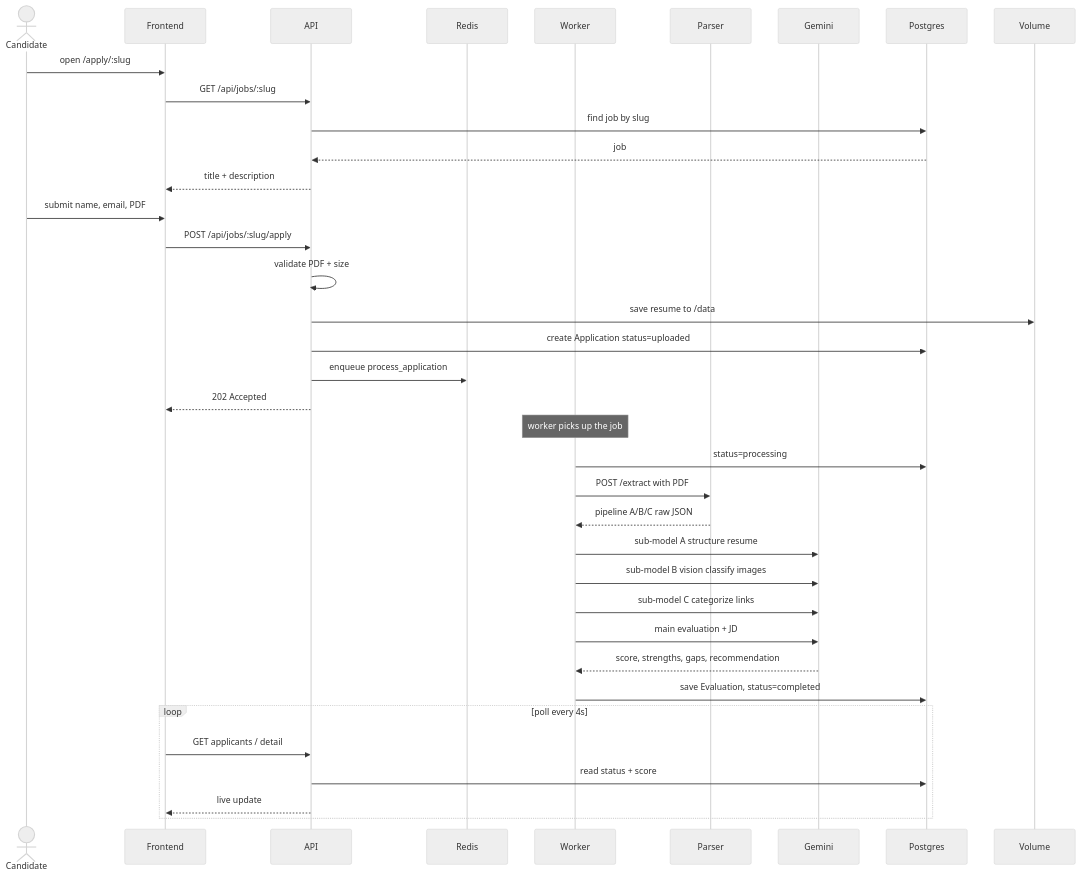
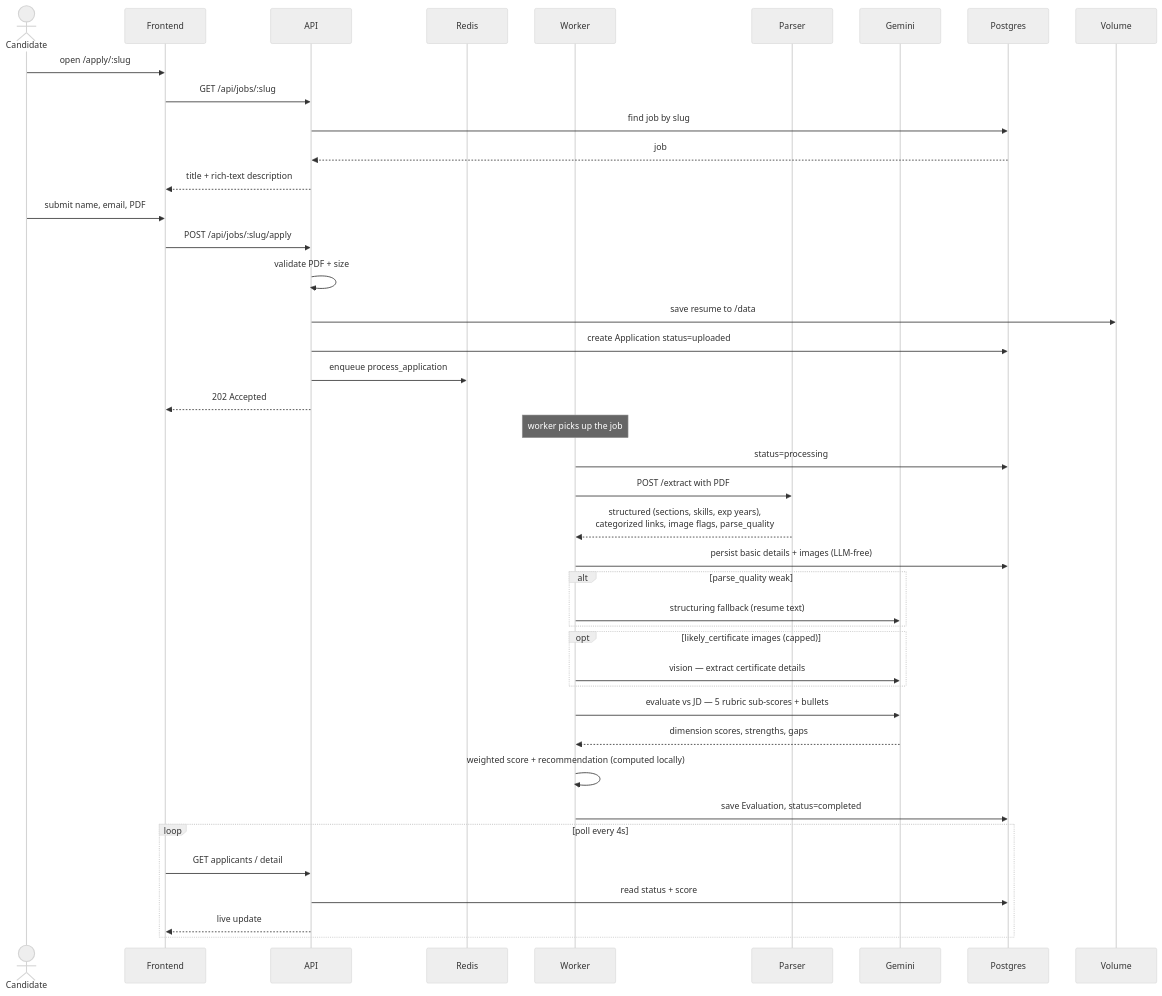
One commit to Lalit-001/ats-scorer changed the second of 5 diagrams in docs/ARCHITECTURE.md. Above: the diagram before and after it, drawn with Mermaid (neutral theme). The commit also changed other lines of this file, not shown here.

Commit message:
docs: update architecture for the deterministic-first pipeline

````diff
--- a/docs/ARCHITECTURE.md
+++ b/docs/ARCHITECTURE.md
@@ -52,43 +57,49 @@
 ```mermaid
 sequenceDiagram
   actor C as Candidate
   participant FE as Frontend
   participant API as API
   participant RD as Redis
   participant WK as Worker
   participant PR as Parser
   participant G as Gemini
   participant DB as Postgres
   participant VOL as Volume
 
   C->>FE: open /apply/:slug
   FE->>API: GET /api/jobs/:slug
   API->>DB: find job by slug
   DB-->>API: job
-  API-->>FE: title + description
+  API-->>FE: title + rich-text description
 
   C->>FE: submit name, email, PDF
   FE->>API: POST /api/jobs/:slug/apply
   API->>API: validate PDF + size
   API->>VOL: save resume to /data
   API->>DB: create Application status=uploaded
   API->>RD: enqueue process_application
   API-->>FE: 202 Accepted
 
   Note over WK: worker picks up the job
   WK->>DB: status=processing
   WK->>PR: POST /extract with PDF
-  PR-->>WK: pipeline A/B/C raw JSON
-  WK->>G: sub-model A structure resume
-  WK->>G: sub-model B vision classify images
-  WK->>G: sub-model C categorize links
-  WK->>G: main evaluation + JD
-  G-->>WK: score, strengths, gaps, recommendation
+  PR-->>WK: structured (sections, skills, exp years),<br/>categorized links, image flags, parse_quality
+  WK->>DB: persist basic details + images (LLM-free)
+
+  alt parse_quality weak
+    WK->>G: structuring fallback (resume text)
+  end
+  opt likely_certificate images (capped)
+    WK->>G: vision — extract certificate details
+  end
+  WK->>G: evaluate vs JD — 5 rubric sub-scores + bullets
+  G-->>WK: dimension scores, strengths, gaps
+  WK->>WK: weighted score + recommendation (computed locally)
   WK->>DB: save Evaluation, status=completed
 
   loop poll every 4s
     FE->>API: GET applicants / detail
     API->>DB: read status + score
     API-->>FE: live update
   end
 ```
````
